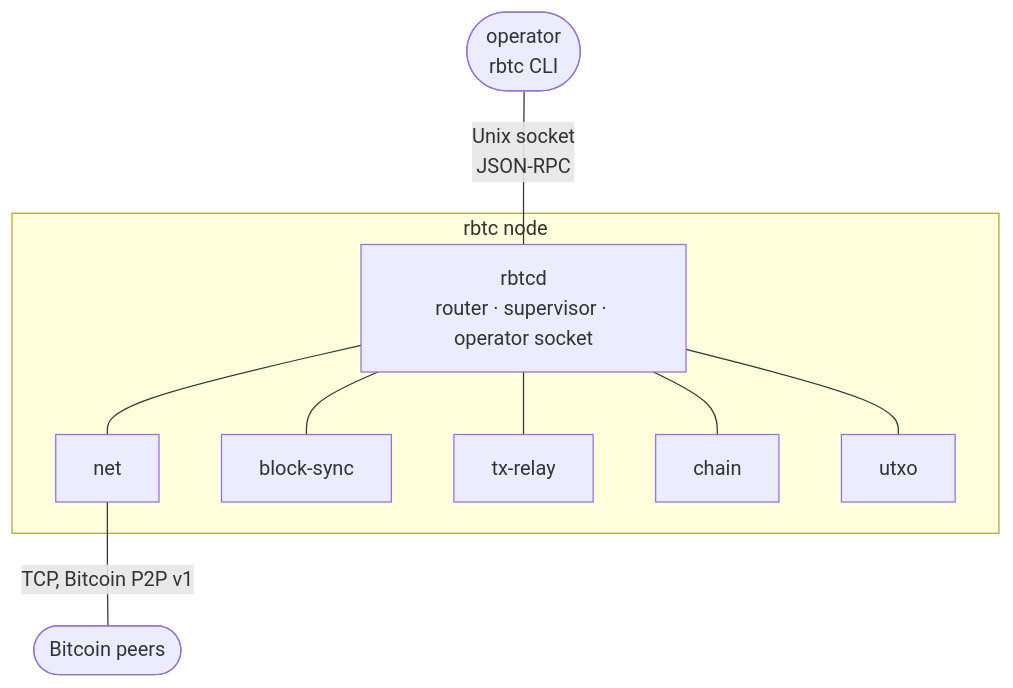
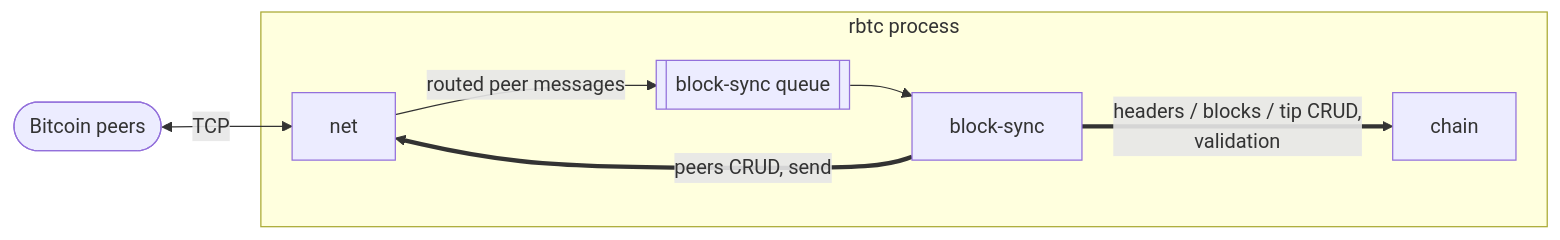
The diagram in docs/architecture/overview.md (RustBTCD/btcd), drawn with Mermaid before and after one commit. The commit also changed other lines of this file and 37 other files, not shown here.

````diff
--- a/docs/architecture/overview.md
+++ b/docs/architecture/overview.md
@@ -5,22 +7,15 @@
 ```mermaid
-flowchart TB
-    operator(["operator<br/>rbtc CLI"])
+flowchart LR
     peers(["Bitcoin peers"])
-
-    subgraph node["rbtc node"]
-        main["rbtcd<br/>router · supervisor · operator socket"]
+    subgraph node["rbtc process"]
         net["net"]
-        blocksync["block-sync"]
-        txrelay["tx-relay"]
+        bs["block-sync"]
         chain["chain"]
-        utxo["utxo"]
+        q[["block-sync queue"]]
     end
-
-    operator -- "Unix socket<br/>JSON-RPC" --- main
-    main --- net
-    main --- blocksync
-    main --- txrelay
-    main --- chain
-    main --- utxo
-    net -- "TCP, Bitcoin P2P v1" --- peers
+    peers <-- " TCP " --> net
+    net -- " routed peer messages " --> q
+    q --> bs
+    bs == " peers CRUD, send " ==> net
+    bs == " headers / blocks / tip CRUD,<br/>validation " ==> chain
 ```
````
